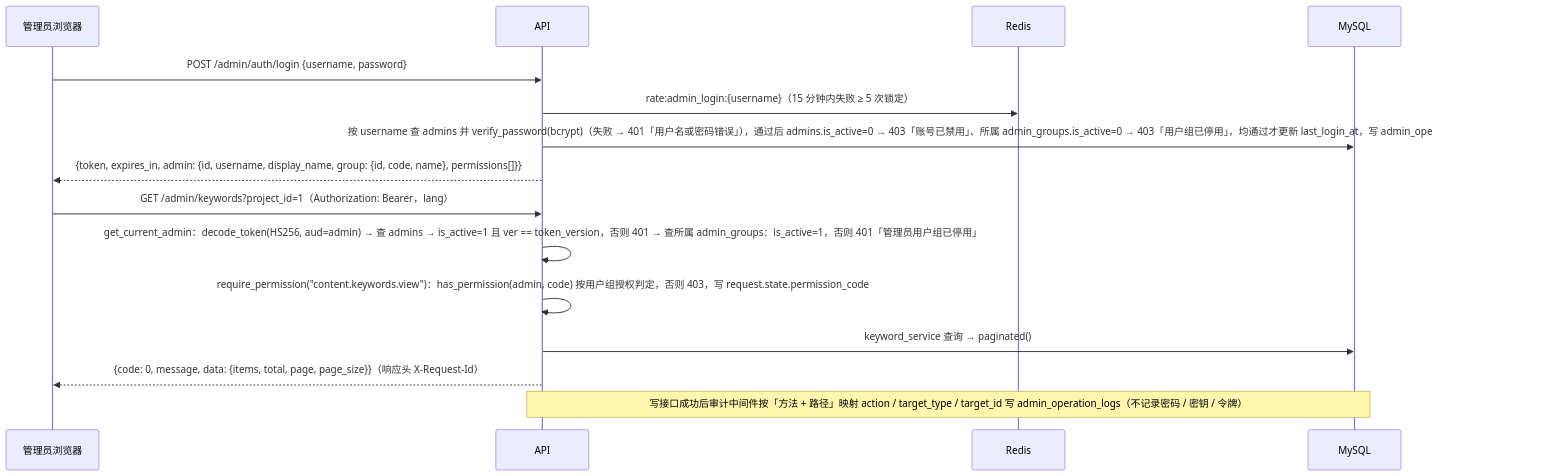
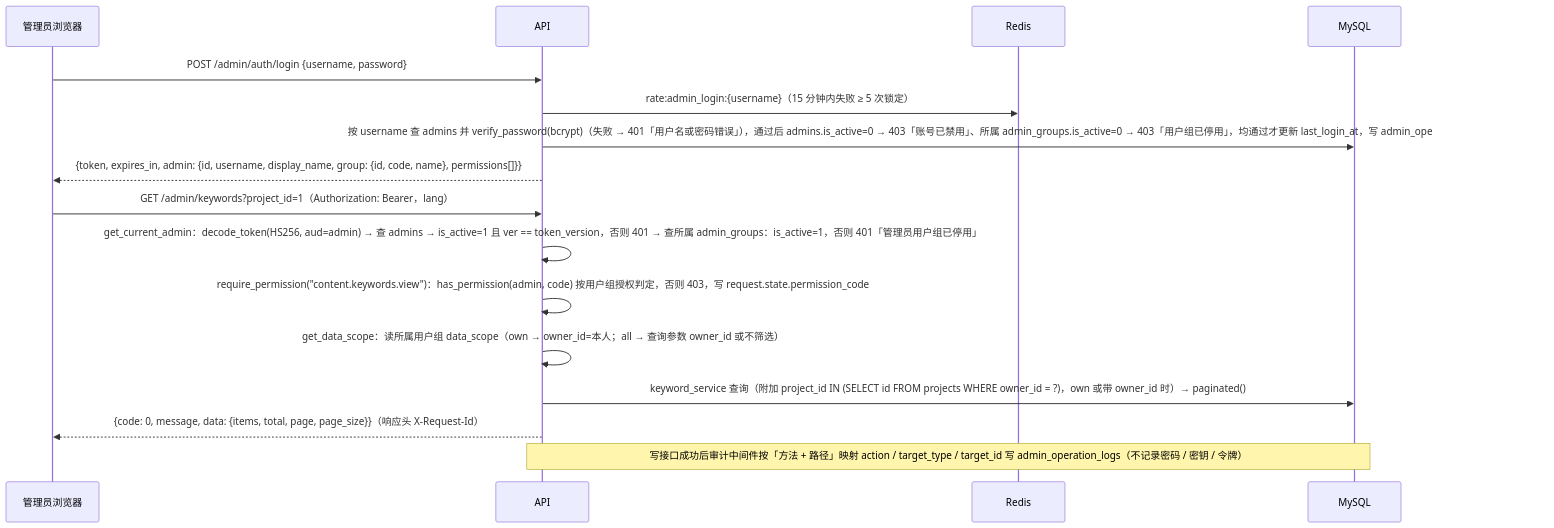
Before and after one commit to itrongsheng/aicreat: the tenth of 10 diagrams in docs/01-architecture.md, drawn with Mermaid. The commit also changed other lines of this file and 14 other files, not shown here.

````diff
--- a/docs/01-architecture.md
+++ b/docs/01-architecture.md
@@ -614,18 +617,19 @@
 ```mermaid
 sequenceDiagram
     participant U as 管理员浏览器
     participant A as API
     participant R as Redis
     participant D as MySQL
 
     U->>A: POST /admin/auth/login {username, password}
     A->>R: rate:admin_login:{username}（15 分钟内失败 ≥ 5 次锁定）
     A->>D: 按 username 查 admins 并 verify_password(bcrypt)（失败 → 401「用户名或密码错误」），通过后 admins.is_active=0 → 403「账号已禁用」、所属 admin_groups.is_active=0 → 403「用户组已停用」，均通过才更新 last_login_at，写 admin_operation_logs(action=login)
     A-->>U: {token, expires_in, admin: {id, username, display_name, group: {id, code, name}, permissions[]}}
     U->>A: GET /admin/keywords?project_id=1（Authorization: Bearer，lang）
     A->>A: get_current_admin：decode_token(HS256, aud=admin) → 查 admins → is_active=1 且 ver == token_version，否则 401 → 查所属 admin_groups：is_active=1，否则 401「管理员用户组已停用」
     A->>A: require_permission("content.keywords.view")：has_permission(admin, code) 按用户组授权判定，否则 403，写 request.state.permission_code
-    A->>D: keyword_service 查询 → paginated()
+    A->>A: get_data_scope：读所属用户组 data_scope（own → owner_id=本人；all → 查询参数 owner_id 或不筛选）
+    A->>D: keyword_service 查询（附加 project_id IN (SELECT id FROM projects WHERE owner_id = ?)，own 或带 owner_id 时）→ paginated()
     A-->>U: {code: 0, message, data: {items, total, page, page_size}}（响应头 X-Request-Id）
     Note over A,D: 写接口成功后审计中间件按「方法 + 路径」映射 action / target_type / target_id 写 admin_operation_logs（不记录密码 / 密钥 / 令牌）
 ```
````
